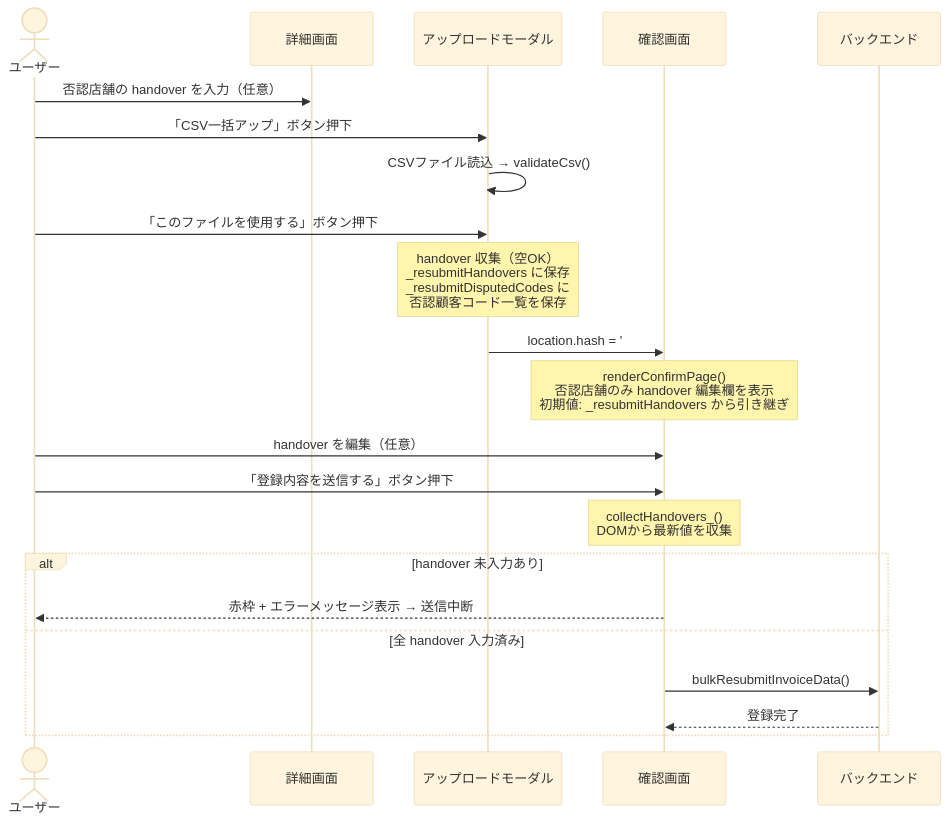
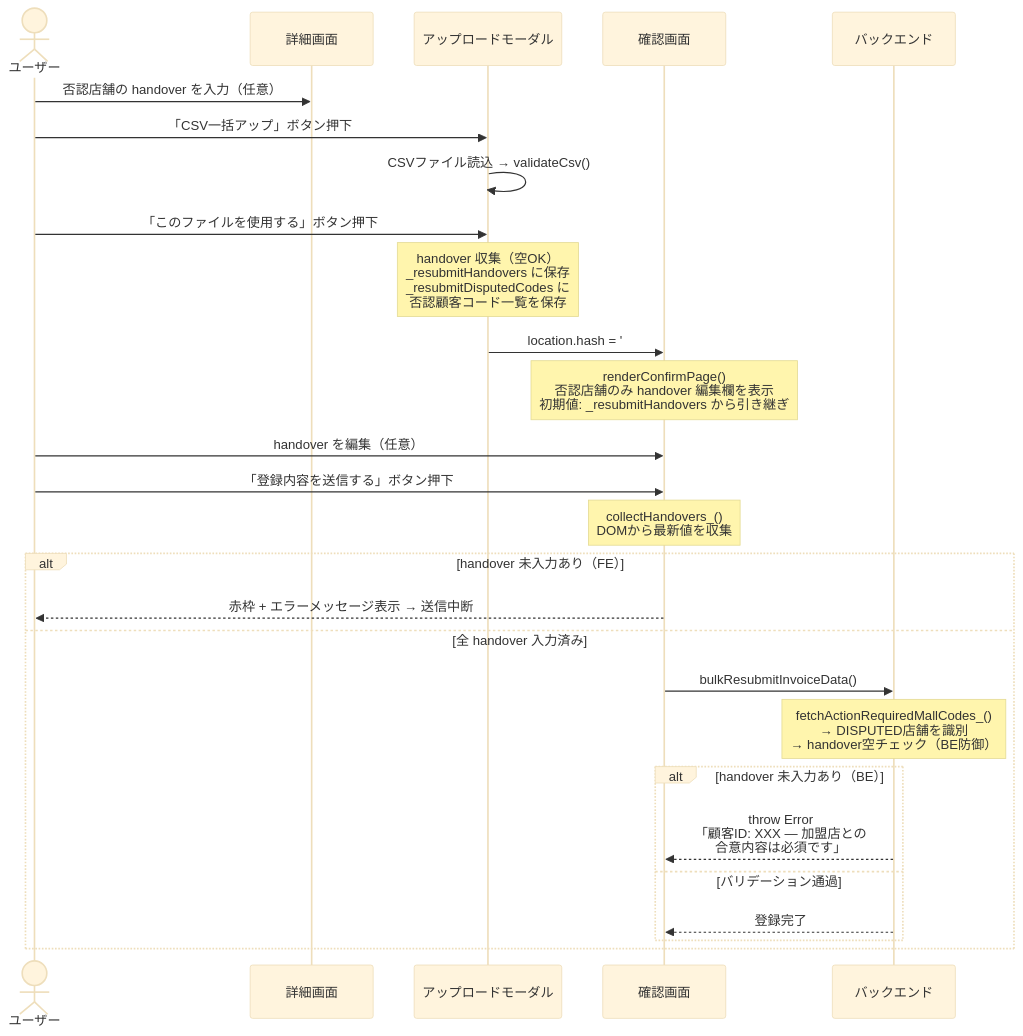
Before and after one commit to USEN-PAY-Products/connect-wholesale-gas-poc: the second of 2 diagrams in docs/pr_work_logs/PR_作業まとめ_MYP-3782.md, drawn with Mermaid (base theme). The commit also changed other lines of this file and 2 other files, not shown here.

````diff
--- a/docs/pr_work_logs/PR_作業まとめ_MYP-3782.md
+++ b/docs/pr_work_logs/PR_作業まとめ_MYP-3782.md
@@ -91,31 +110,36 @@
 ```mermaid
 sequenceDiagram
   actor User as ユーザー
   participant Detail as 詳細画面
   participant Modal as アップロードモーダル
   participant Confirm as 確認画面
   participant BE as バックエンド
 
   User->>Detail: 否認店舗の handover を入力（任意）
   User->>Modal: 「CSV一括アップ」ボタン押下
   Modal->>Modal: CSVファイル読込 → validateCsv()
   User->>Modal: 「このファイルを使用する」ボタン押下
 
   Note over Modal: handover 収集（空OK）<br/>_resubmitHandovers に保存<br/>_resubmitDisputedCodes に<br/>否認顧客コード一覧を保存
 
   Modal->>Confirm: location.hash = '#confirm'
 
   Note over Confirm: renderConfirmPage()<br/>否認店舗のみ handover 編集欄を表示<br/>初期値: _resubmitHandovers から引き継ぎ
 
   User->>Confirm: handover を編集（任意）
   User->>Confirm: 「登録内容を送信する」ボタン押下
 
   Note over Confirm: collectHandovers_()<br/>DOMから最新値を収集
 
-  alt handover 未入力あり
+  alt handover 未入力あり（FE）
     Confirm-->>User: 赤枠 + エラーメッセージ表示 → 送信中断
   else 全 handover 入力済み
     Confirm->>BE: bulkResubmitInvoiceData()
-    BE-->>Confirm: 登録完了
+    Note over BE: fetchActionRequiredMallCodes_()<br/>→ DISPUTED店舗を識別<br/>→ handover空チェック（BE防御）
+    alt handover 未入力あり（BE）
+      BE-->>Confirm: throw Error<br/>「顧客ID: XXX — 加盟店との<br/>合意内容は必須です」
+    else バリデーション通過
+      BE-->>Confirm: 登録完了
+    end
   end
 ```
````
